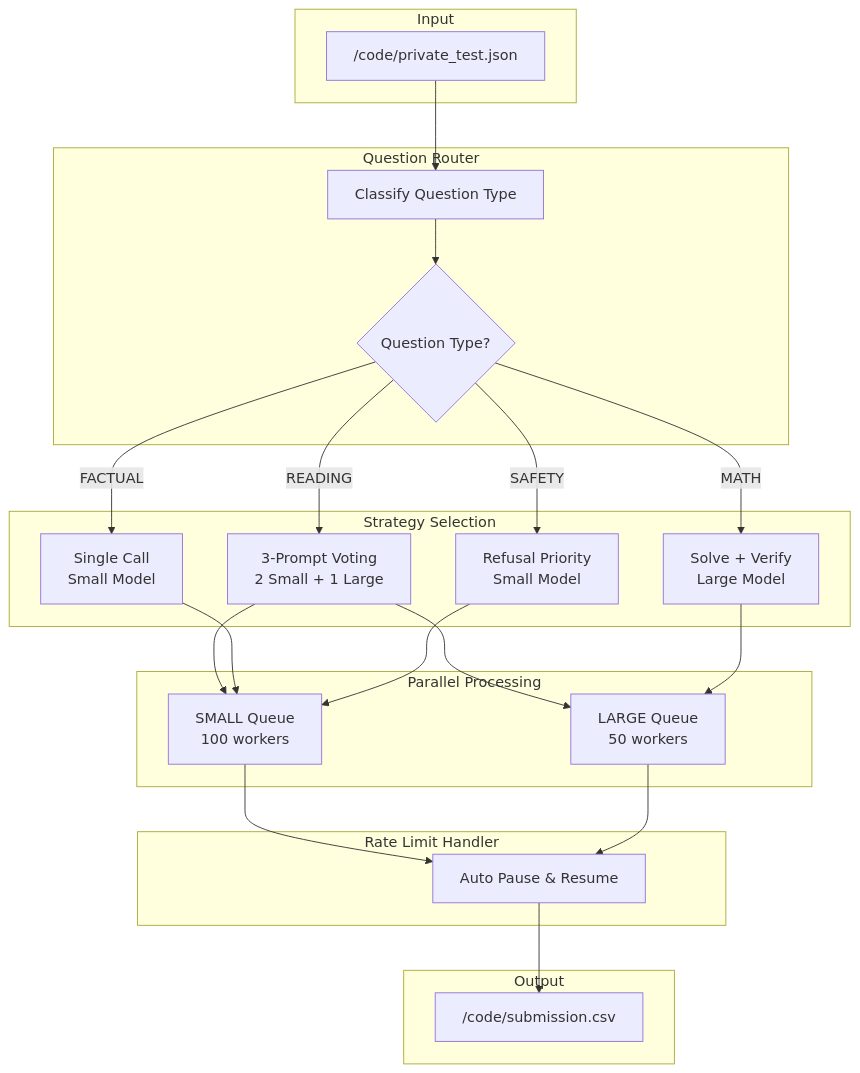
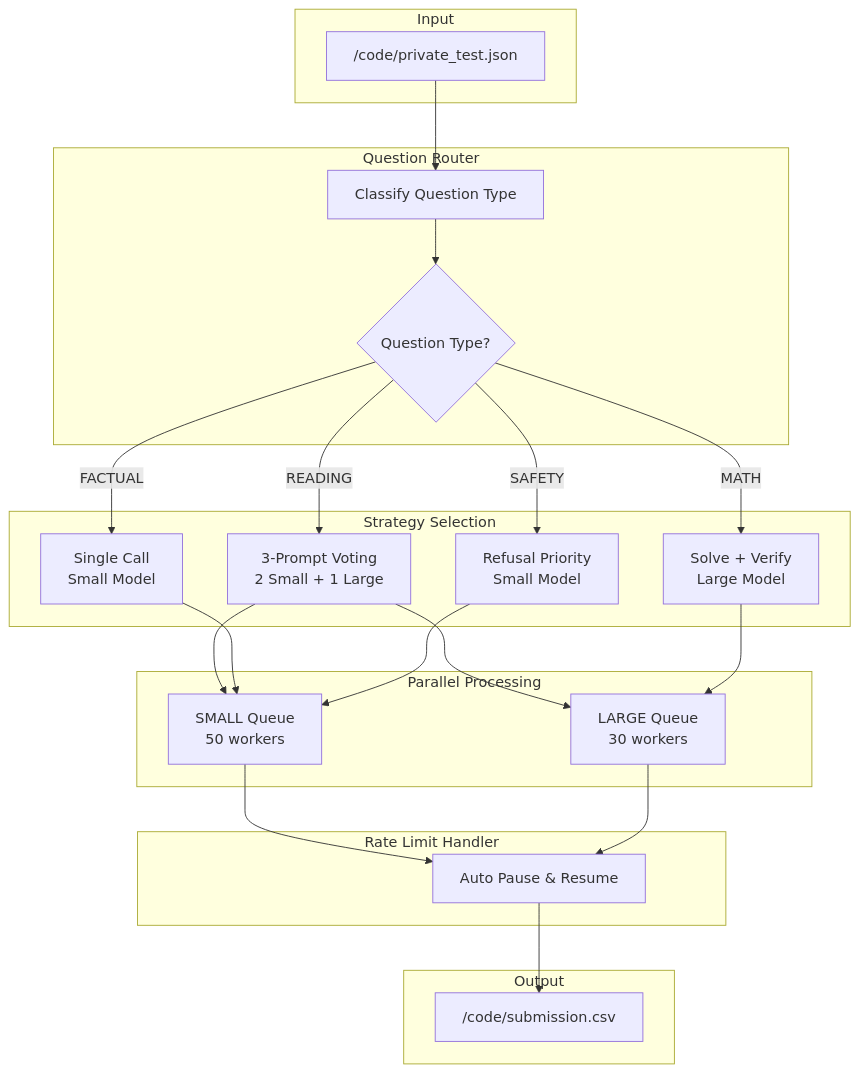
The diagram in README.md (noskaiser2310/AInicorns_TheBuilder_public), drawn with Mermaid before and after one commit.

````diff
--- a/README.md
+++ b/README.md
@@ -120,41 +120,41 @@
 ```mermaid
 flowchart TB
     subgraph Input
         A["/code/private_test.json"]
     end
 
     subgraph "Question Router"
         B[Classify Question Type]
         B --> C{Question Type?}
     end
 
     subgraph "Strategy Selection"
         C -->|READING| D["3-Prompt Voting<br/>2 Small + 1 Large"]
         C -->|MATH| E["Solve + Verify<br/>Large Model"]
         C -->|FACTUAL| F["Single Call<br/>Small Model"]
         C -->|SAFETY| G["Refusal Priority<br/>Small Model"]
     end
 
     subgraph "Parallel Processing"
-        H["SMALL Queue<br/>100 workers"]
-        I["LARGE Queue<br/>50 workers"]
+        H["SMALL Queue<br/>50 workers"]
+        I["LARGE Queue<br/>30 workers"]
         D --> H
         D --> I
         E --> I
         F --> H
         G --> H
     end
 
     subgraph "Rate Limit Handler"
         J[Auto Pause & Resume]
         H --> J
         I --> J
     end
 
     subgraph Output
         K["/code/submission.csv"]
     end
 
     A --> B
     J --> K
 ```
````
